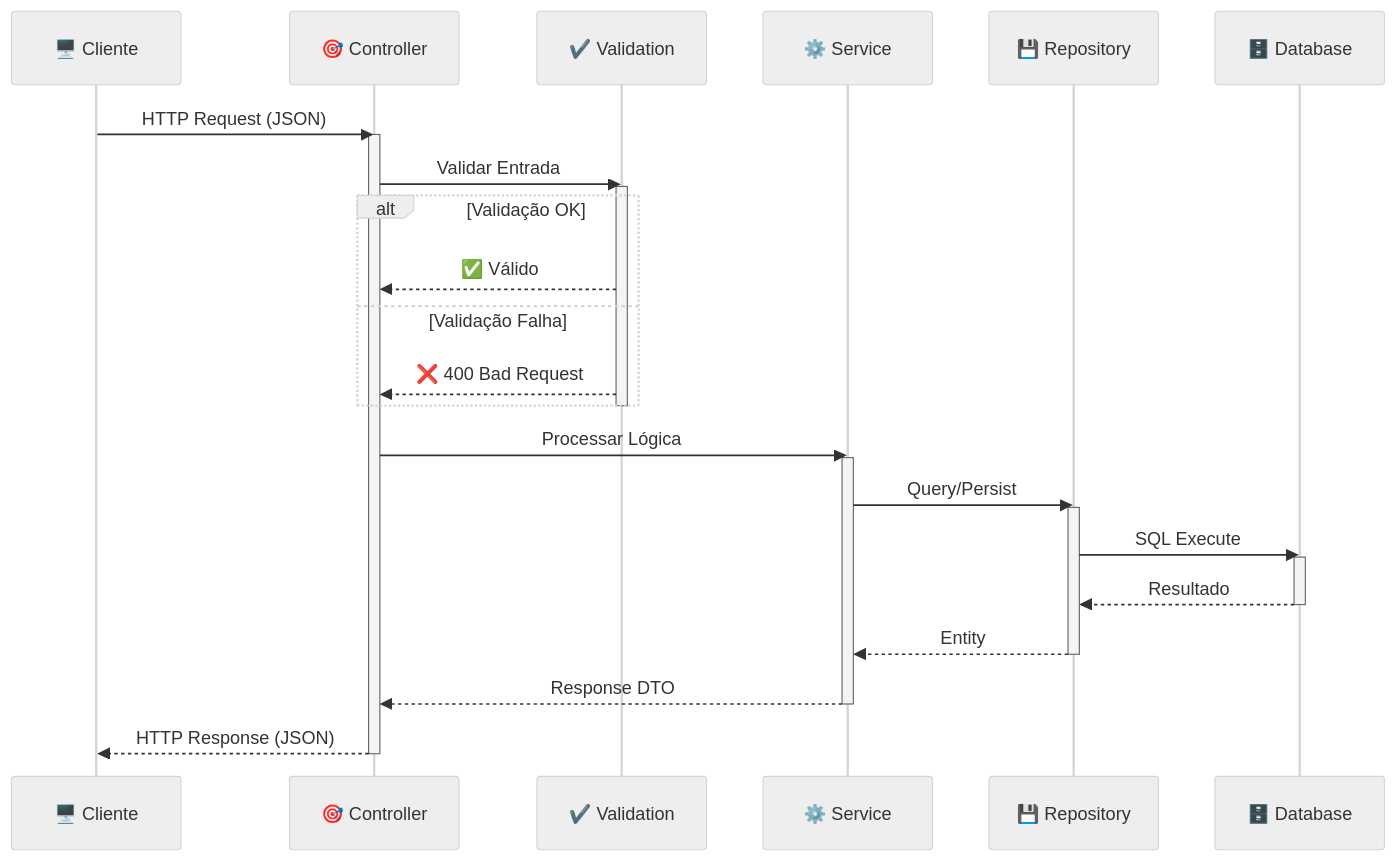
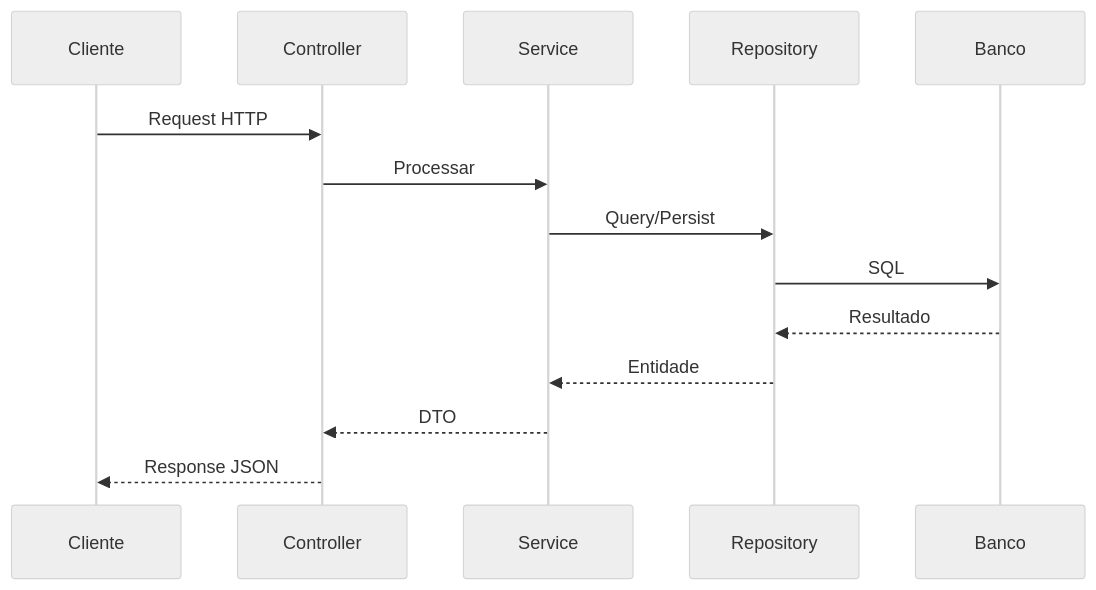
One commit to rrublez/delivery-api-rrubleske changed the second of 5 diagrams in README.md. Above: the diagram before and after it, drawn with Mermaid (neutral theme). The commit also changed other lines of this file and 7 other files, not shown here.

````diff
--- a/README.md
+++ b/README.md
@@ -80,36 +114,17 @@
 ```mermaid
 sequenceDiagram
-    participant Client as 🖥️ Cliente
-    participant Controller as 🎯 Controller
-    participant Validation as ✔️ Validation
-    participant Service as ⚙️ Service
-    participant Repository as 💾 Repository
-    participant Database as 🗄️ Database
-    
-    Client->>Controller: HTTP Request (JSON)
-    activate Controller
-    Controller->>Validation: Validar Entrada
-    activate Validation
-    alt Validação OK
-        Validation-->>Controller: ✅ Válido
-    else Validação Falha
-        Validation-->>Controller: ❌ 400 Bad Request
-    end
-    deactivate Validation
-    
-    Controller->>Service: Processar Lógica
-    activate Service
-    Service->>Repository: Query/Persist
-    activate Repository
-    Repository->>Database: SQL Execute
-    activate Database
-    Database-->>Repository: Resultado
-    deactivate Database
-    Repository-->>Service: Entity
-    deactivate Repository
-    Service-->>Controller: Response DTO
-    deactivate Service
-    
-    Controller-->>Client: HTTP Response (JSON)
-    deactivate Controller
+    participant C as Cliente
+    participant Ctrl as Controller
+    participant Svc as Service
+    participant Repo as Repository
+    participant DB as Banco
+
+    C->>Ctrl: Request HTTP
+    Ctrl->>Svc: Processar
+    Svc->>Repo: Query/Persist
+    Repo->>DB: SQL
+    DB-->>Repo: Resultado
+    Repo-->>Svc: Entidade
+    Svc-->>Ctrl: DTO
+    Ctrl-->>C: Response JSON
 ```
````
